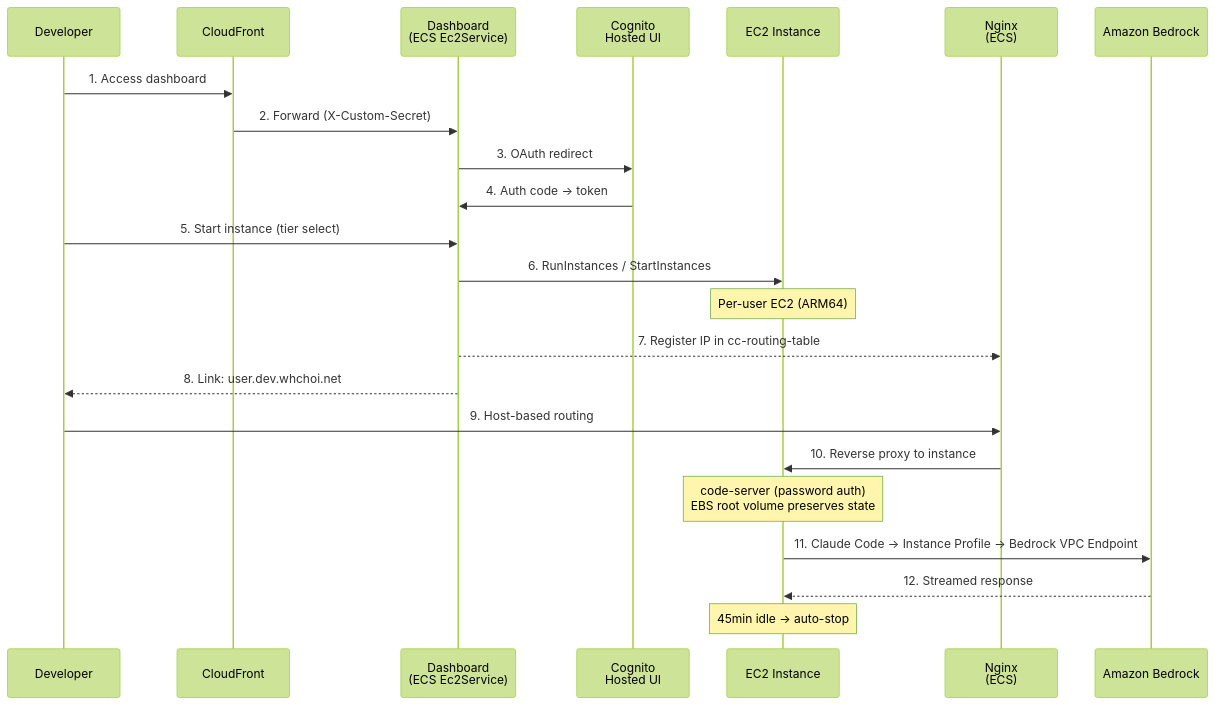
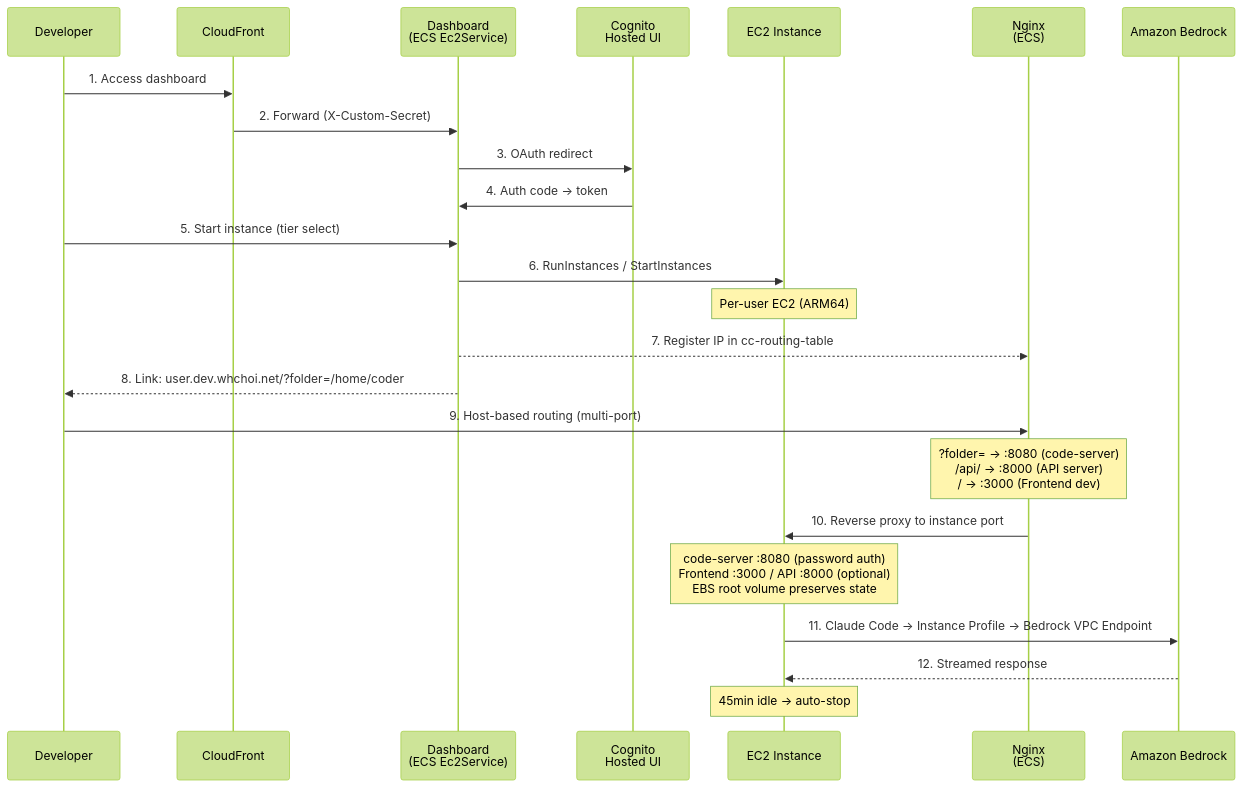
Before and after one commit to whchoi98/cc-on-bedrock: the fifth of 9 diagrams in docs/architecture.md, drawn with Mermaid (forest theme). The commit also changed 9 other files, not shown here.

First line of the commit message:
feat: multi-port routing, MCP management UI, ADR-009

````diff
--- a/docs/architecture.md
+++ b/docs/architecture.md
@@ -271,26 +271,27 @@
 ```mermaid
 sequenceDiagram
     participant User as Developer
     participant CF as CloudFront
     participant Dash as Dashboard<br/>(ECS Ec2Service)
     participant Cognito as Cognito<br/>Hosted UI
     participant EC2 as EC2 Instance
     participant Nginx as Nginx<br/>(ECS)
     participant Bedrock as Amazon Bedrock
 
     User->>CF: 1. Access dashboard
     CF->>Dash: 2. Forward (X-Custom-Secret)
     Dash->>Cognito: 3. OAuth redirect
     Cognito->>Dash: 4. Auth code → token
     User->>Dash: 5. Start instance (tier select)
     Dash->>EC2: 6. RunInstances / StartInstances
     Note over EC2: Per-user EC2 (ARM64)
     Dash-->>Nginx: 7. Register IP in cc-routing-table
-    Dash-->>User: 8. Link: user.dev.whchoi.net
-    User->>Nginx: 9. Host-based routing
-    Nginx->>EC2: 10. Reverse proxy to instance
-    Note over EC2: code-server (password auth)<br/>EBS root volume preserves state
+    Dash-->>User: 8. Link: user.dev.whchoi.net/?folder=/home/coder
+    User->>Nginx: 9. Host-based routing (multi-port)
+    Note over Nginx: ?folder= → :8080 (code-server)<br/>/api/ → :8000 (API server)<br/>/ → :3000 (Frontend dev)
+    Nginx->>EC2: 10. Reverse proxy to instance port
+    Note over EC2: code-server :8080 (password auth)<br/>Frontend :3000 / API :8000 (optional)<br/>EBS root volume preserves state
     EC2->>Bedrock: 11. Claude Code → Instance Profile → Bedrock VPC Endpoint
     Bedrock-->>EC2: 12. Streamed response
     Note over EC2: 45min idle → auto-stop
 ```
````
